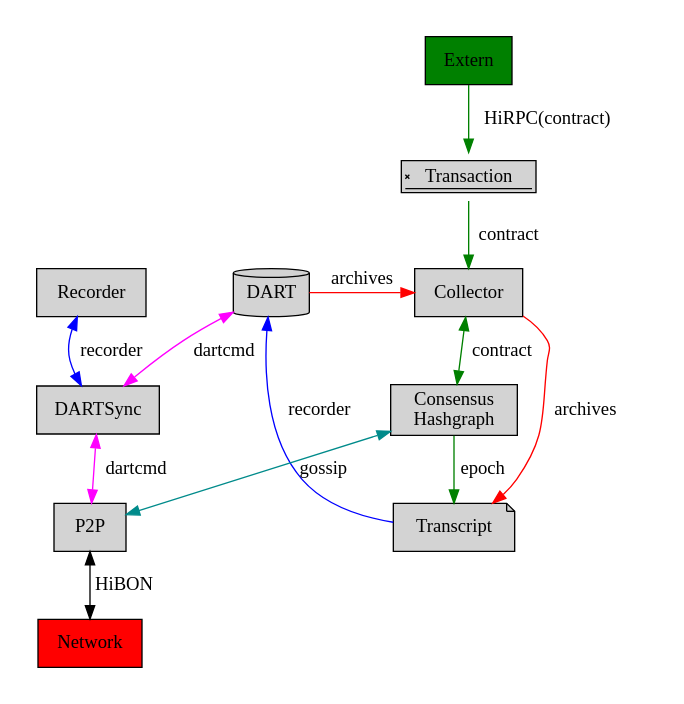
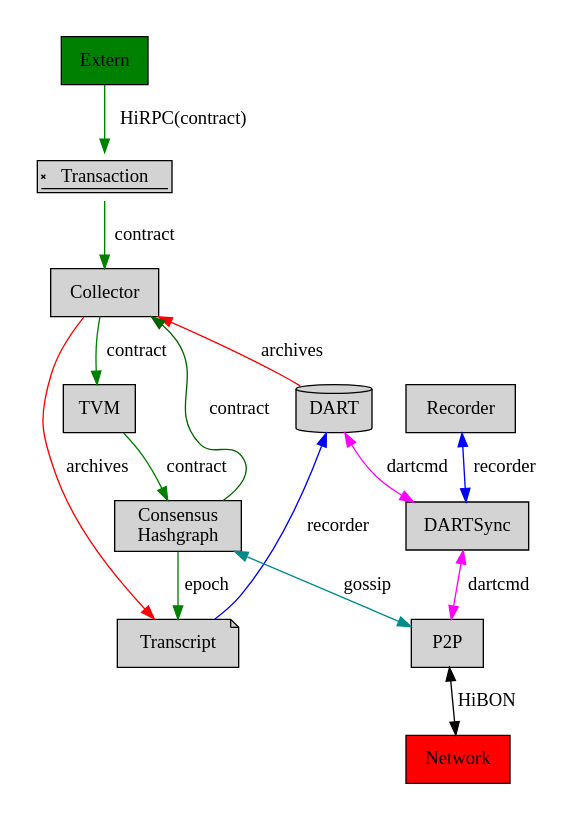
The first of 6 diagrams in documents/Network_Architecture.md (tagion/tagion), drawn with Graphviz before and after one commit. The commit also changed other lines of this file and 1 other file, not shown here.

````diff
--- a/documents/Network_Architecture.md
+++ b/documents/Network_Architecture.md
@@ -27,40 +27,43 @@
 ```graphviz
 digraph G {
 rankdir=UD;
   compound=true;
+  labelangle=35;
    node [style=filled]
   node [ shape = "rect"];
   DART [shape = cylinder]
   Network, Extern [ style = rounded];
   Extern [ style=filled fillcolor=green ];
   Network [ style=filled fillcolor=red]
   Transaction [shape = signature]
   Transcript [shape = note]
   Consensus [label="Consensus\nHashgraph"]
   subgraph cluster_1 {
     peripheries=0;
     style = rounded;
     Extern -> Transaction [label="HiRPC(contract)" color=green];
  	Transaction -> Collector [label=contract color=green];
-	Collector -> Consensus [label=contract color=green dir=both];
+	Collector -> TVM [label=contract color=green];
+	TVM -> Consensus [labelangle="45" label=contract color=green];
+	Consensus -> Collector [label=contract color=darkgreen];
 	Consensus -> Transcript [label=epoch color=green];
     Collector -> Transcript [label=archives color=red];
   };
   subgraph cluster_2 {
     peripheries=0;
 	DART;
     style = rounded;
   };
-  subgraph cluster_0 {
+  subgraph cluster_3 {
     peripheries=0;
     style = rounded;
 	Recorder -> DARTSync [label=recorder color=blue dir=both];
 	DARTSync -> P2P [label=dartcmd dir=both color=magenta];
 	P2P -> Network [label=HiBON dir=both];
   };
   DART -> DARTSync [label=dartcmd dir=both color=magenta];
   DART -> Collector [label=archives color=red];
   Consensus -> P2P [label=gossip dir=both color=cyan4];
   Transcript -> DART [label=recorder color=blue];
 }
 ```
````
